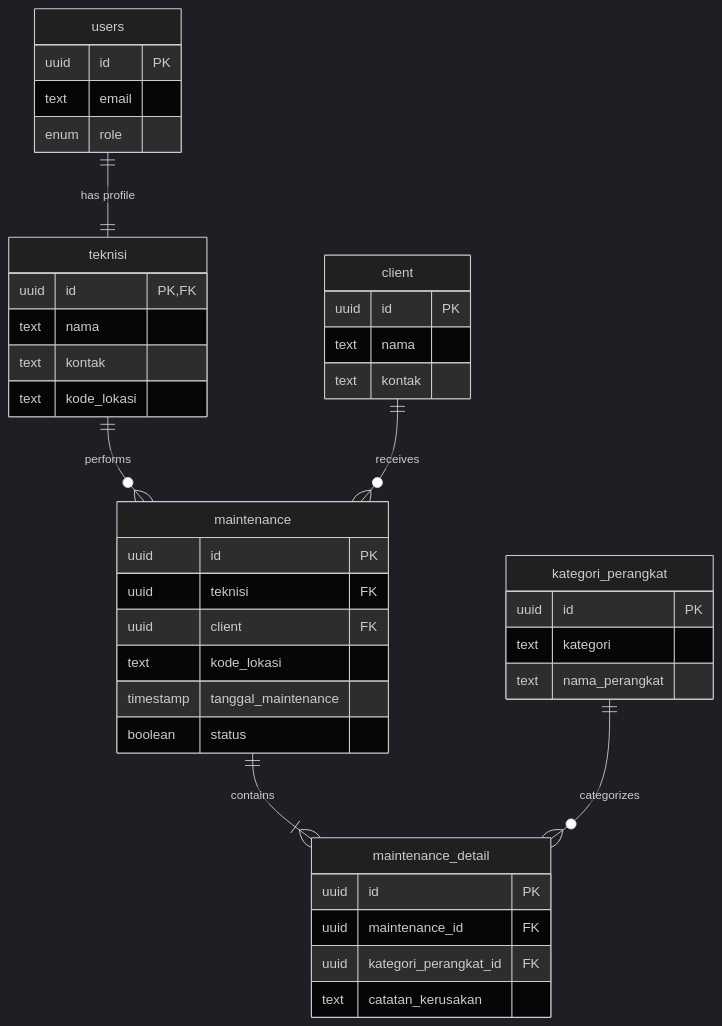
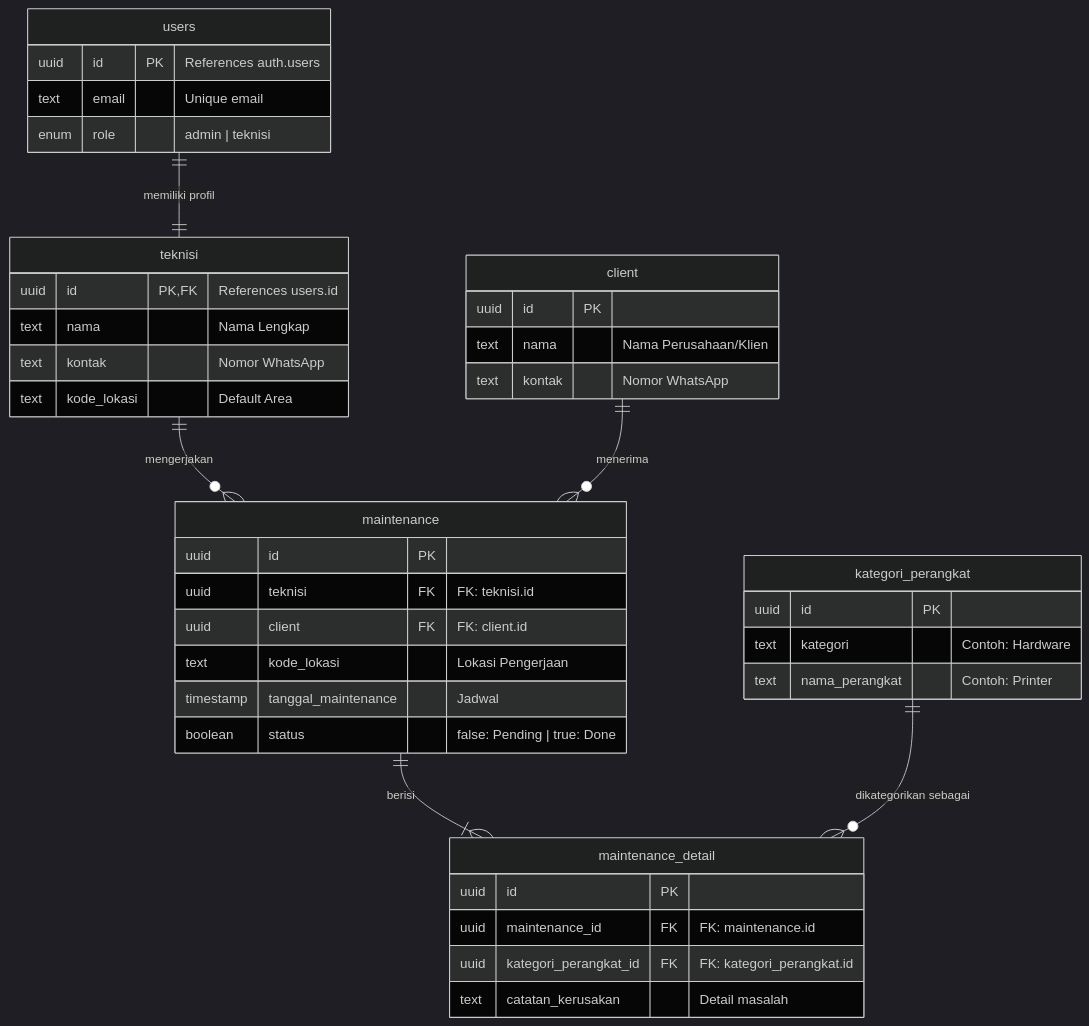
Before and after one commit to rokifran/TugasAkhir: the fourth of 4 diagrams in README.md, drawn with Mermaid (dark theme). The commit also changed other lines of this file and 3 other files, not shown here.

````diff
--- a/README.md
+++ b/README.md
@@ -49,44 +127,44 @@
 ```mermaid
 erDiagram
- users ||--|| teknisi : "has profile"
- teknisi ||--o{ maintenance : "performs"
- client ||--o{ maintenance : "receives"
- maintenance ||--|{ maintenance_detail : "contains"
- kategori_perangkat ||--o{ maintenance_detail : "categorizes"
+    users ||--|| teknisi : "memiliki profil"
+    teknisi ||--o{ maintenance : "mengerjakan"
+    client ||--o{ maintenance : "menerima"
+    maintenance ||--|{ maintenance_detail : "berisi"
+    kategori_perangkat ||--o{ maintenance_detail : "dikategorikan sebagai"
 
- users {
- uuid id PK
- text email
- enum role
- }
- teknisi {
- uuid id PK, FK
- text nama
- text kontak
- text kode_lokasi
- }
- client {
- uuid id PK
- text nama
- text kontak
- }
- kategori_perangkat {
- uuid id PK
- text kategori
- text nama_perangkat
- }
- maintenance {
- uuid id PK
- uuid teknisi FK
- uuid client FK
- text kode_lokasi
- timestamp tanggal_maintenance
- boolean status
- }
- maintenance_detail {
- uuid id PK
- uuid maintenance_id FK
- uuid kategori_perangkat_id FK
- text catatan_kerusakan
- }
+    users {
+        uuid id PK "References auth.users"
+        text email "Unique email"
+        enum role "admin | teknisi"
+    }
+    teknisi {
+        uuid id PK, FK "References users.id"
+        text nama "Nama Lengkap"
+        text kontak "Nomor WhatsApp"
+        text kode_lokasi "Default Area"
+    }
+    client {
+        uuid id PK
+        text nama "Nama Perusahaan/Klien"
+        text kontak "Nomor WhatsApp"
+    }
+    kategori_perangkat {
+        uuid id PK
+        text kategori "Contoh: Hardware"
+        text nama_perangkat "Contoh: Printer"
+    }
+    maintenance {
+        uuid id PK
+        uuid teknisi FK "FK: teknisi.id"
+        uuid client FK "FK: client.id"
+        text kode_lokasi "Lokasi Pengerjaan"
+        timestamp tanggal_maintenance "Jadwal"
+        boolean status "false: Pending | true: Done"
+    }
+    maintenance_detail {
+        uuid id PK
+        uuid maintenance_id FK "FK: maintenance.id"
+        uuid kategori_perangkat_id FK "FK: kategori_perangkat.id"
+        text catatan_kerusakan "Detail masalah"
+    }
 ```
````
